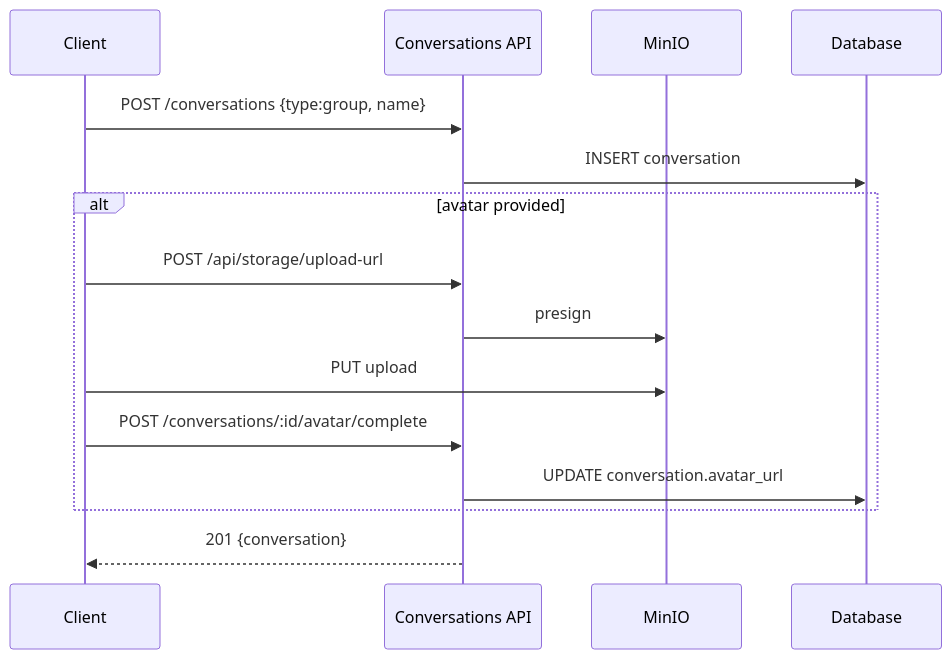
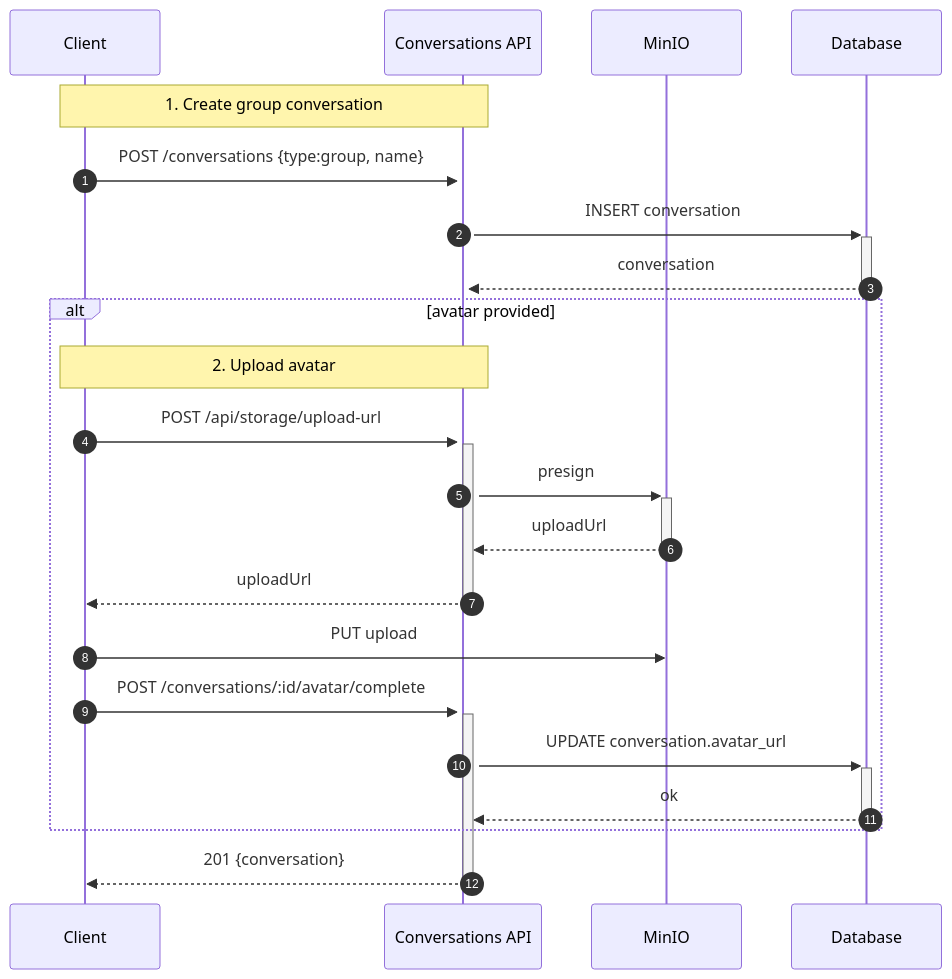
Before and after one commit to dinhhoang235/Chat-App: the second of 3 diagrams in docs/conversations.md, drawn with Mermaid. The commit also changed other lines of this file and 12 other files, not shown here.

Commit message:
docs: enhance sequence diagrams with detailed notes for various features

````diff
--- a/docs/conversations.md
+++ b/docs/conversations.md
@@ -47,18 +50,25 @@
 ```mermaid
 sequenceDiagram
+  autonumber
   participant C as Client
   participant API as Conversations API
   participant Min as MinIO
   participant DB as Database
 
-  C->>API: POST /conversations {type:group, name}
-  API->>DB: INSERT conversation
+  Note over C,API: 1. Create group conversation
+  C->>+API: POST /conversations {type:group, name}
+  API->>+DB: INSERT conversation
+  DB-->>-API: conversation
   alt avatar provided
-    C->>API: POST /api/storage/upload-url
-    API->>Min: presign
+    Note over C,API: 2. Upload avatar
+    C->>+API: POST /api/storage/upload-url
+    API->>+Min: presign
+    Min-->>-API: uploadUrl
+    API-->>-C: uploadUrl
     C->>Min: PUT upload
-    C->>API: POST /conversations/:id/avatar/complete
-    API->>DB: UPDATE conversation.avatar_url
+    C->>+API: POST /conversations/:id/avatar/complete
+    API->>+DB: UPDATE conversation.avatar_url
+    DB-->>-API: ok
   end
-  API-->>C: 201 {conversation}
+  API-->>-C: 201 {conversation}
 ```
````
